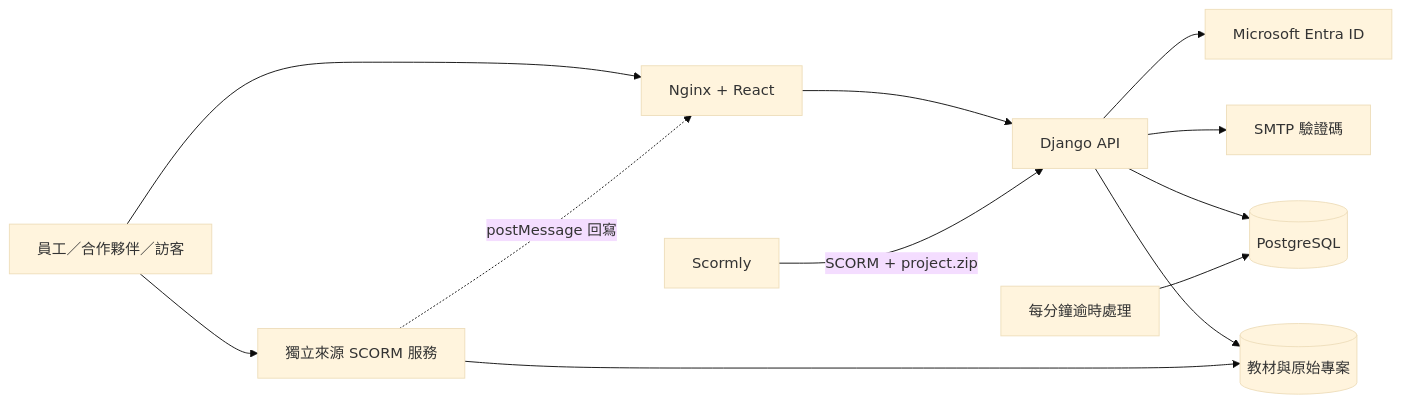
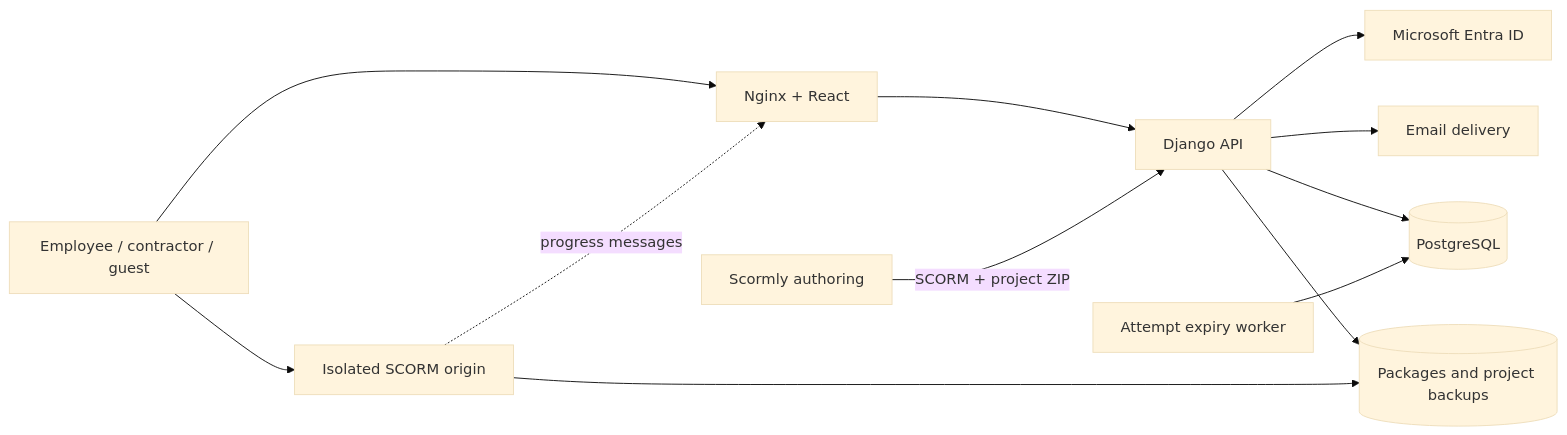
The diagram in README.md (teddashh/Training-System), drawn with Mermaid (base theme) before and after one commit. The commit also changed other lines of this file and 64 other files, not shown here.

````diff
--- a/README.md
+++ b/README.md
@@ -36,14 +35,14 @@
 ```mermaid
 flowchart LR
-    Browser[員工／合作夥伴／訪客] --> Web[Nginx + React]
+    Browser[Employee / contractor / guest] --> Web[Nginx + React]
     Web --> API[Django API]
     API --> Entra[Microsoft Entra ID]
-    API --> SMTP[SMTP 驗證碼]
+    API --> SMTP[Email delivery]
     API --> DB[(PostgreSQL)]
-    API --> Media[(教材與原始專案)]
-    Browser --> Content[獨立來源 SCORM 服務]
+    API --> Media[(Packages and project backups)]
+    Browser --> Content[Isolated SCORM origin]
     Content --> Media
-    Content -. postMessage 回寫 .-> Web
-    Studio[Scormly] -->|SCORM + project.zip| API
-    Timer[每分鐘逾時處理] --> DB
+    Content -. progress messages .-> Web
+    Studio[Scormly authoring] -->|SCORM + project ZIP| API
+    Scheduler[Attempt expiry worker] --> DB
 ```
````
